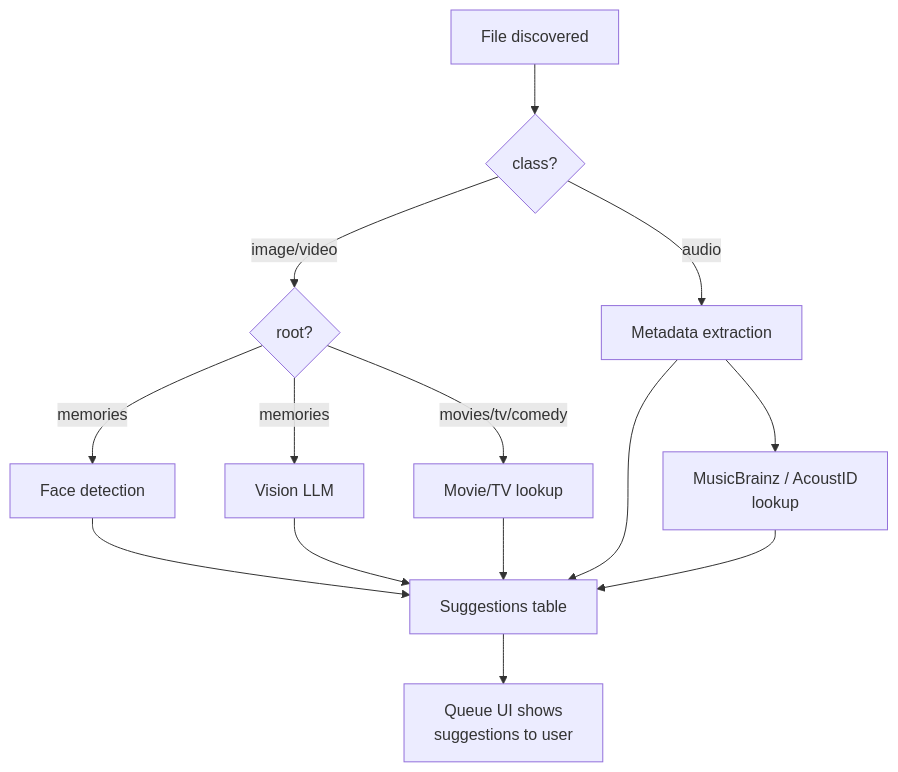
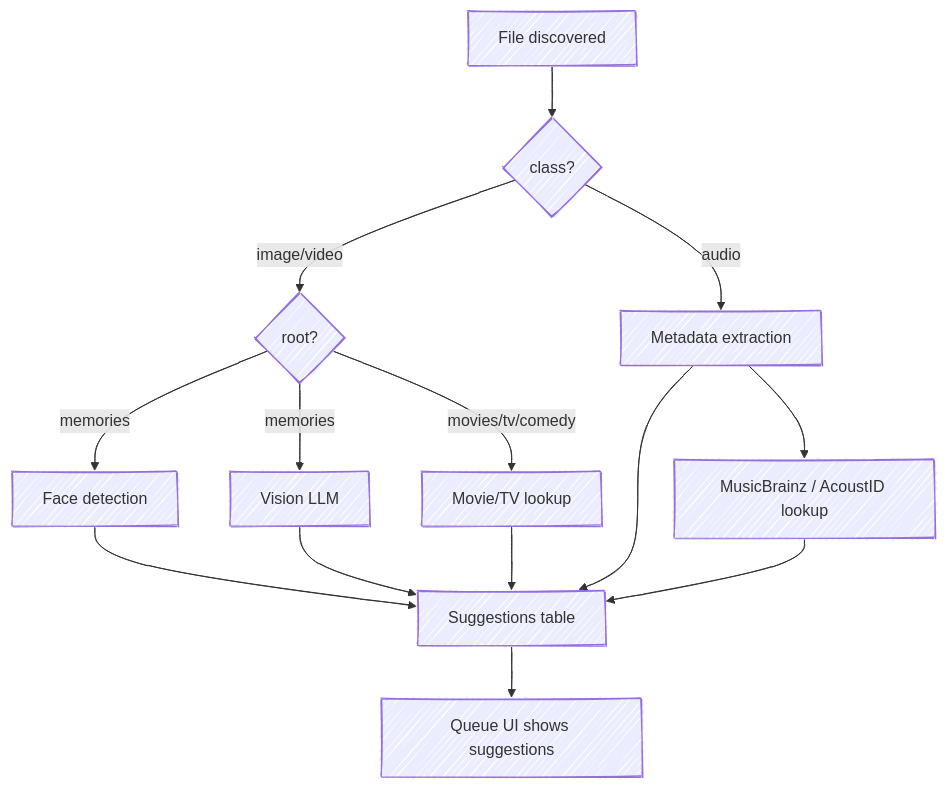
One commit to chris-peterson/pinpoint changed the fifth of 5 diagrams in SPEC.md. Above: the diagram before and after it, drawn with Mermaid. The commit also changed other lines of this file and 24 other files, not shown here.

````diff
--- a/SPEC.md
+++ b/SPEC.md
@@ -495,16 +576,20 @@
 ```mermaid
+---
+config:
+  look: handDrawn
+---
 flowchart TD
     D[File discovered] --> CL{class?}
     CL -->|image/video| R{root?}
     CL -->|audio| ME[Metadata extraction]
     R -->|memories| FD[Face detection]
     R -->|memories| VL[Vision LLM]
     R -->|movies/tv/comedy| ML[Movie/TV lookup]
     FD --> S[Suggestions table]
     VL --> S
     ML --> S
-    ME --> API[MusicBrainz / AcoustID\nlookup]
+    ME --> API[MusicBrainz / AcoustID lookup]
     ME --> S
     API --> S
-    S --> Q[Queue UI shows\nsuggestions to user]
+    S --> Q[Queue UI shows suggestions]
 ```
````
